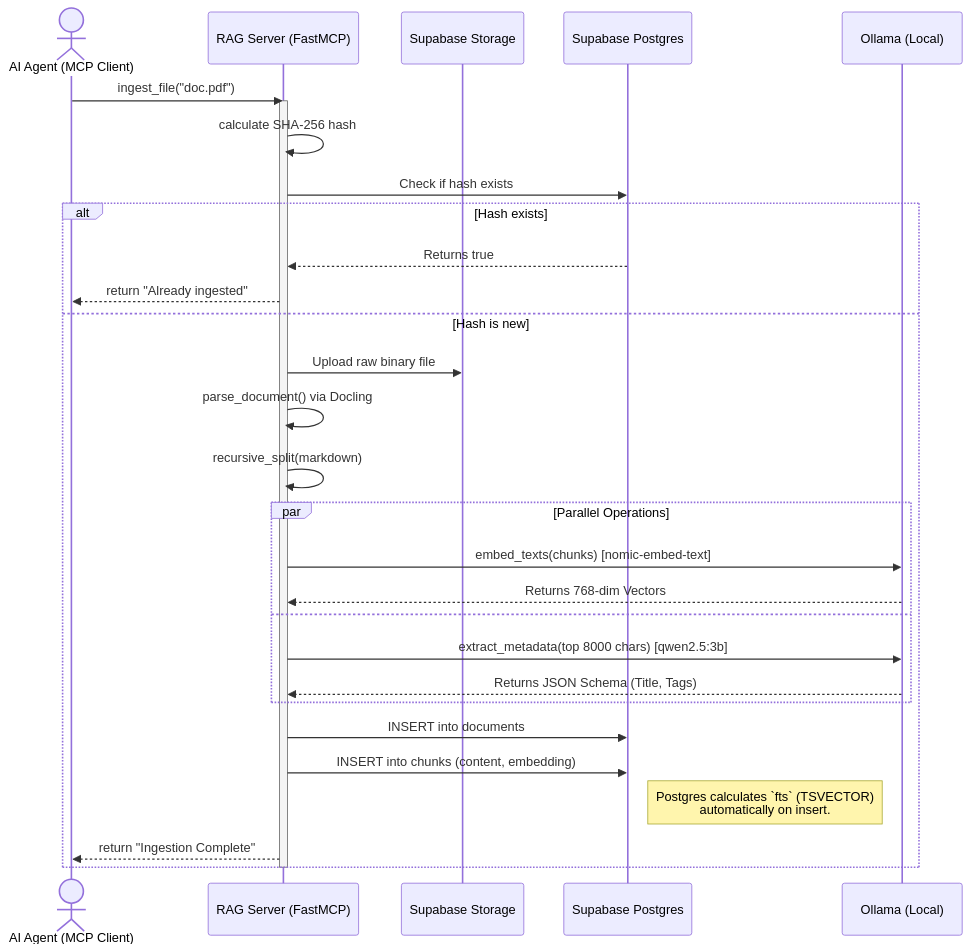
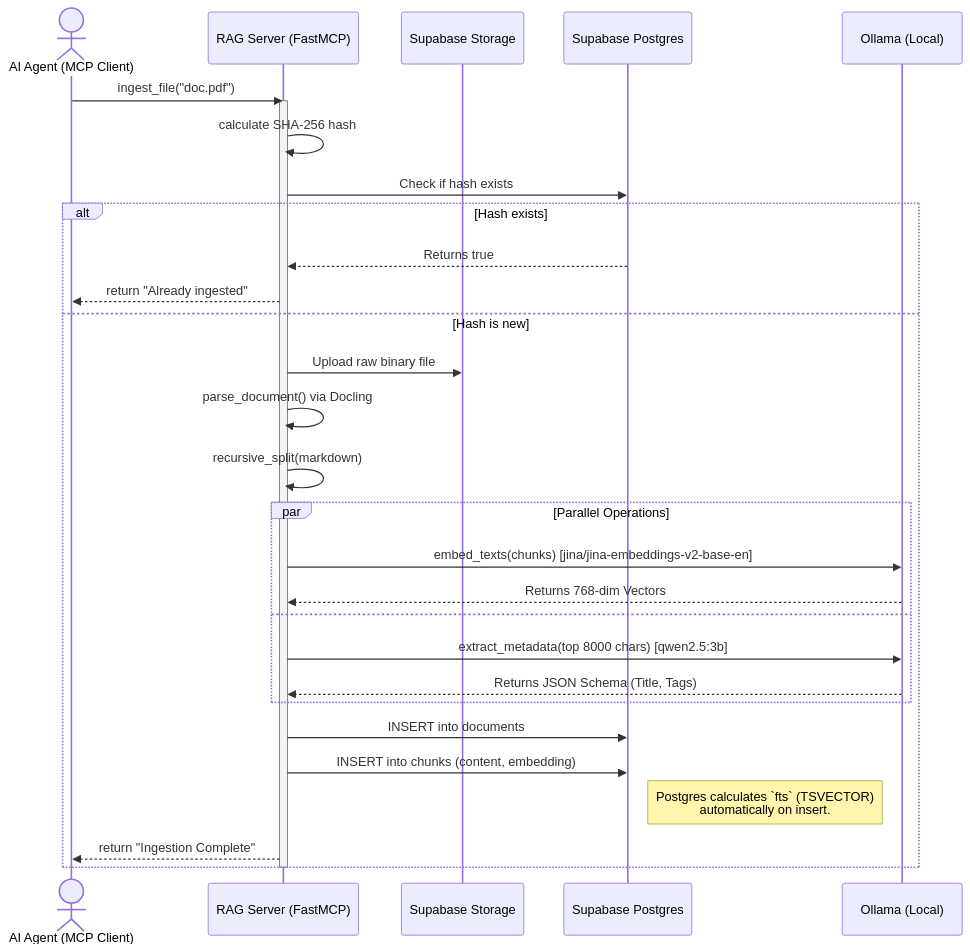
The first of 2 diagrams in docs/sequence_diagrams.md (salehloke/claude-code-agentic-rag-masterclass), drawn with Mermaid before and after one commit. The commit also changed other lines of this file and 32 other files, not shown here.

````diff
--- a/docs/sequence_diagrams.md
+++ b/docs/sequence_diagrams.md
@@ -9,39 +9,39 @@
 ```mermaid
 sequenceDiagram
     actor Agent as AI Agent (MCP Client)
     participant MCP as RAG Server (FastMCP)
     participant Storage as Supabase Storage
     participant DB as Supabase Postgres
     participant Ollama as Ollama (Local)
 
     Agent->>MCP: ingest_file("doc.pdf")
 
     activate MCP
     MCP->>MCP: calculate SHA-256 hash
     MCP->>DB: Check if hash exists
 
     alt Hash exists
         DB-->>MCP: Returns true
         MCP-->>Agent: return "Already ingested"
     else Hash is new
         MCP->>Storage: Upload raw binary file
 
         MCP->>MCP: parse_document() via Docling
         MCP->>MCP: recursive_split(markdown)
 
         par Parallel Operations
-            MCP->>Ollama: embed_texts(chunks) [nomic-embed-text]
+            MCP->>Ollama: embed_texts(chunks) [jina/jina-embeddings-v2-base-en]
             Ollama-->>MCP: Returns 768-dim Vectors
         and
             MCP->>Ollama: extract_metadata(top 8000 chars) [qwen2.5:3b]
             Ollama-->>MCP: Returns JSON Schema (Title, Tags)
         end
 
         MCP->>DB: INSERT into documents
         MCP->>DB: INSERT into chunks (content, embedding)
         note right of DB: Postgres calculates `fts` (TSVECTOR)<br/>automatically on insert.
 
         MCP-->>Agent: return "Ingestion Complete"
     end
     deactivate MCP
 ```
````
